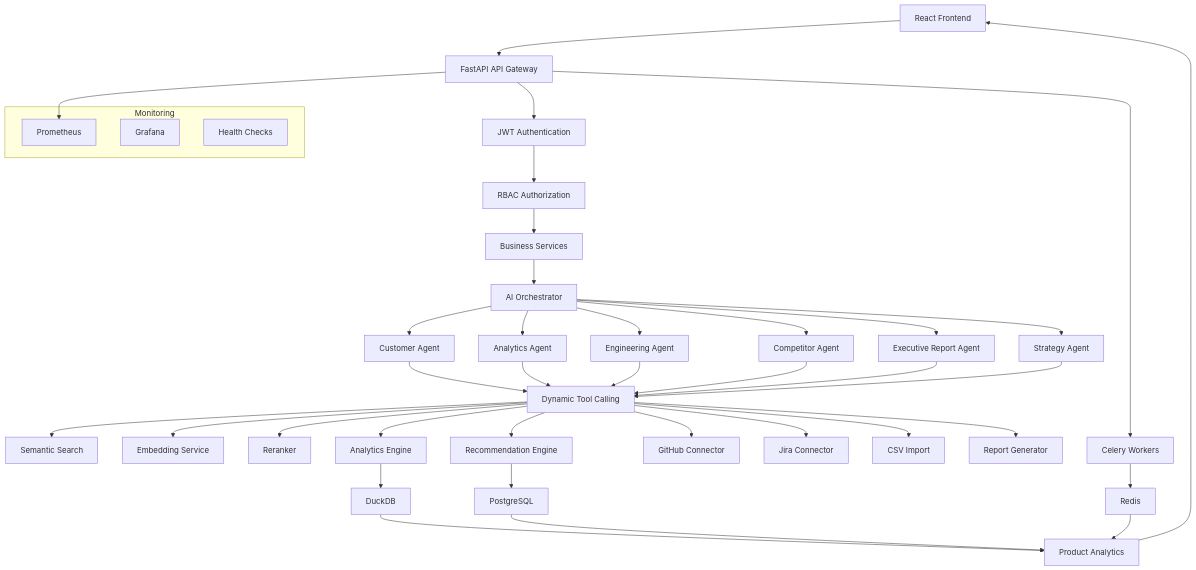
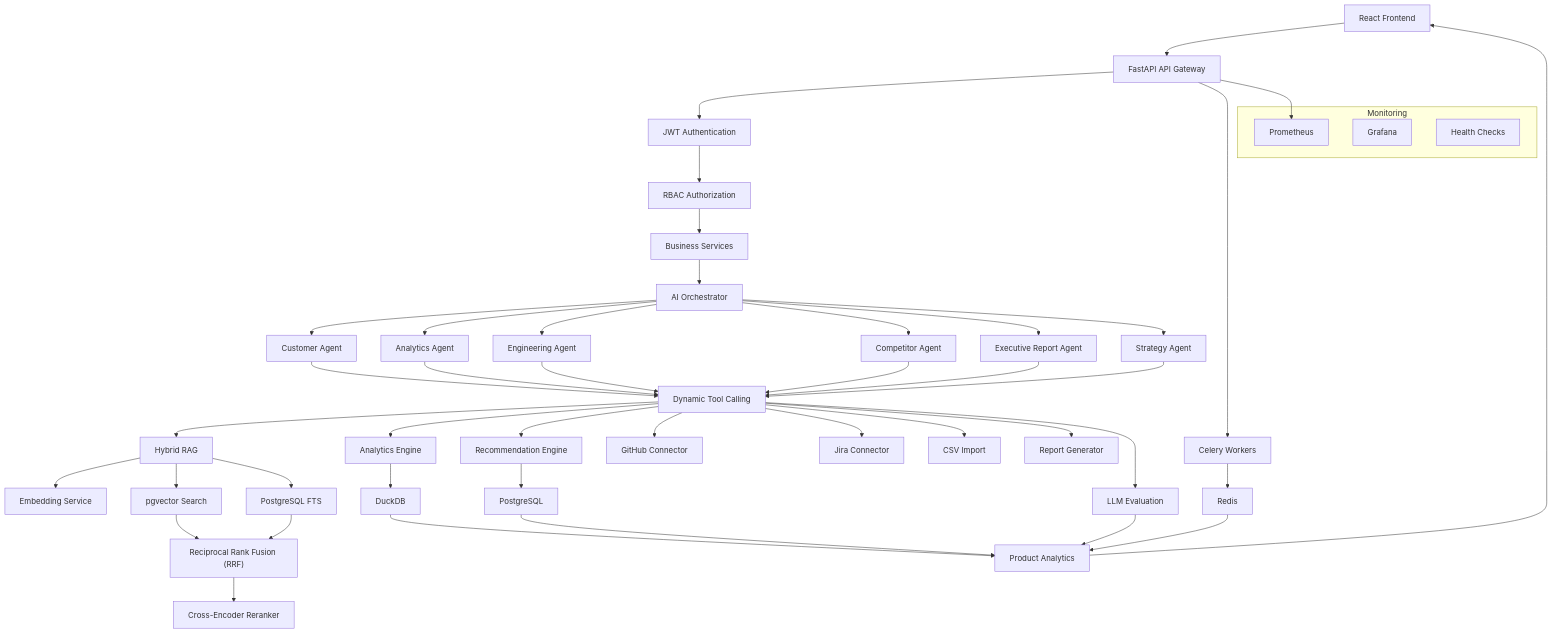
Before and after one commit to sumitsingh190/Product-Intelligence: the first of 2 diagrams in README.md, drawn with Mermaid. The commit also changed other lines of this file, not shown here.

````diff
--- a/README.md
+++ b/README.md
@@ -98,57 +120,64 @@
 ```mermaid
 flowchart TD
 
 A["React Frontend"]
 A --> B["FastAPI API Gateway"]
 
 B --> C["JWT Authentication"]
 C --> D["RBAC Authorization"]
 
 D --> E["Business Services"]
 
 E --> F["AI Orchestrator"]
 
 F --> G1["Customer Agent"]
 F --> G2["Analytics Agent"]
 F --> G3["Engineering Agent"]
 F --> G4["Competitor Agent"]
 F --> G5["Executive Report Agent"]
 F --> G6["Strategy Agent"]
 
 G1 --> H["Dynamic Tool Calling"]
 G2 --> H
 G3 --> H
 G4 --> H
 G5 --> H
 G6 --> H
 
-H --> I["Semantic Search"]
-H --> J["Embedding Service"]
-H --> K["Reranker"]
-H --> L["Analytics Engine"]
-H --> M["Recommendation Engine"]
-H --> N["GitHub Connector"]
-H --> O["Jira Connector"]
-H --> P["CSV Import"]
-H --> Q["Report Generator"]
+H --> I["Hybrid RAG"]
+I --> J["Embedding Service"]
+I --> K["pgvector Search"]
+I --> L["PostgreSQL FTS"]
+K --> M["Reciprocal Rank Fusion (RRF)"]
+L --> M
+M --> N["Cross-Encoder Reranker"]
 
-L --> R["DuckDB"]
-M --> S["PostgreSQL"]
+H --> O["Analytics Engine"]
+H --> P["Recommendation Engine"]
+H --> Q["GitHub Connector"]
+H --> R["Jira Connector"]
+H --> S["CSV Import"]
+H --> T["Report Generator"]
+H --> U["LLM Evaluation"]
 
-B --> T["Celery Workers"]
-T --> U["Redis"]
+O --> V["DuckDB"]
+P --> W["PostgreSQL"]
 
-R --> V["Product Analytics"]
-S --> V
-U --> V
+B --> X["Celery Workers"]
+X --> Y["Redis"]
 
-V --> A
+V --> Z["Product Analytics"]
+W --> Z
+Y --> Z
+
+U --> Z
+Z --> A
 
 subgraph Monitoring
-W["Prometheus"]
-X["Grafana"]
-Y["Health Checks"]
+AA["Prometheus"]
+AB["Grafana"]
+AC["Health Checks"]
 end
 
-B --> W
+B --> AA
 ```
````
